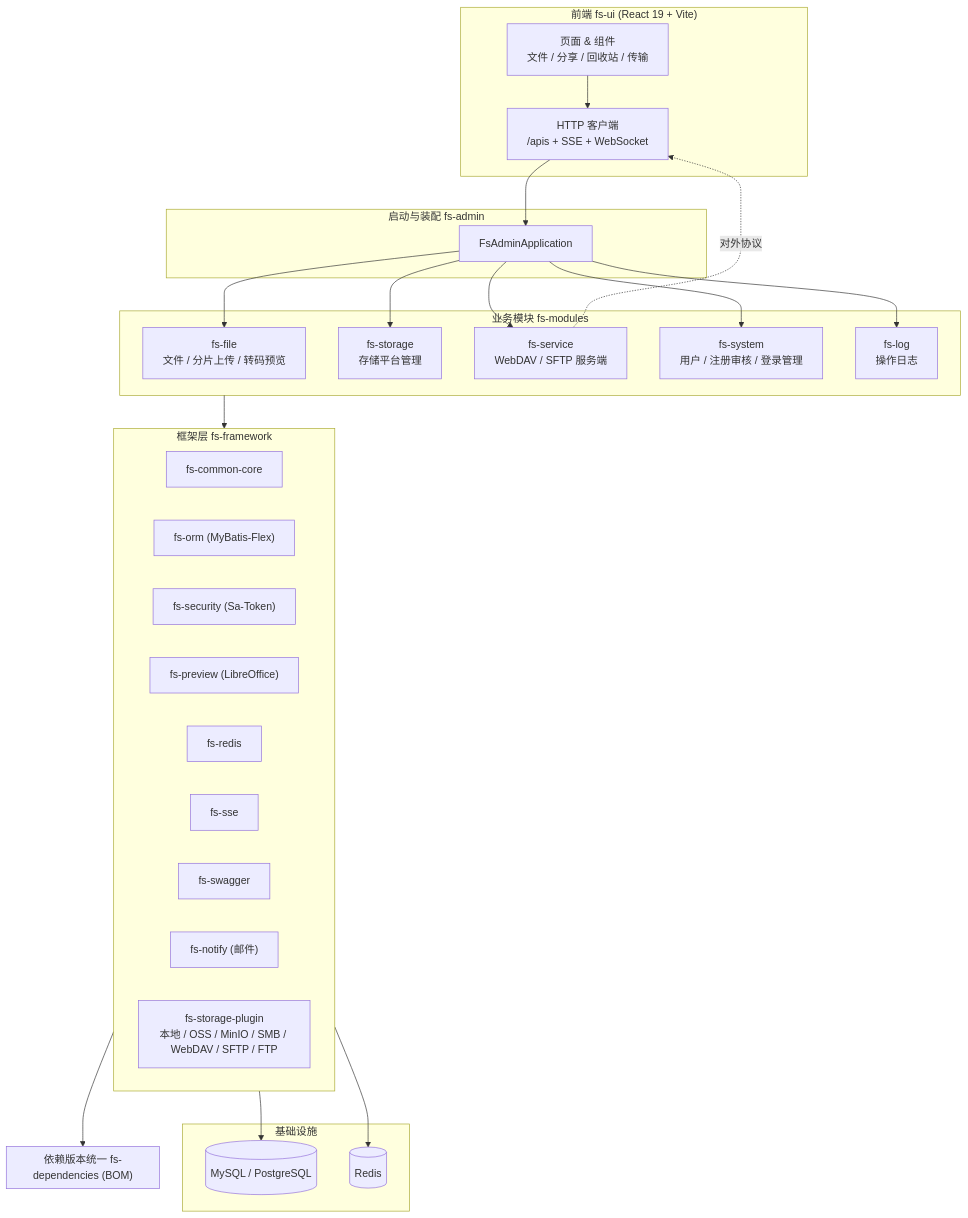
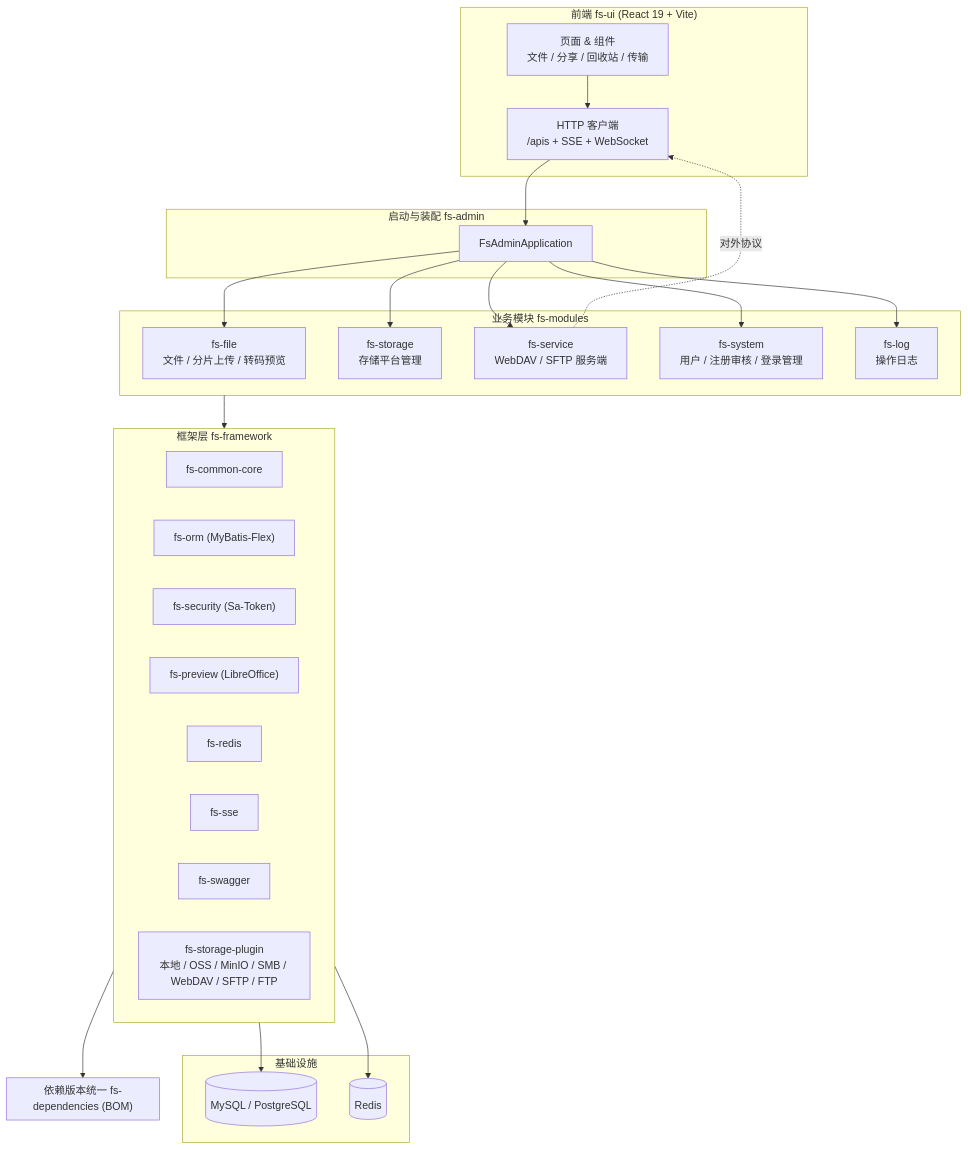
Before and after one commit to guangheUlti/gfs: the diagram in README.md, drawn with Mermaid. The commit also changed other lines of this file and 8 other files, not shown here.

````diff
--- a/README.md
+++ b/README.md
@@ -223,47 +223,46 @@
 ```mermaid
 flowchart TB
     subgraph UI["前端 fs-ui (React 19 + Vite)"]
         UI_PAGES["页面 & 组件<br/>文件 / 分享 / 回收站 / 传输"]
         UI_HTTP["HTTP 客户端<br/>/apis + SSE + WebSocket"]
     end
 
     subgraph ADMIN["启动与装配 fs-admin"]
         ADMIN_APP["FsAdminApplication"]
     end
 
     subgraph MODULES["业务模块 fs-modules"]
         FILE["fs-file<br/>文件 / 分片上传 / 转码预览"]
         STORAGE["fs-storage<br/>存储平台管理"]
         SERVICE["fs-service<br/>WebDAV / SFTP 服务端"]
         SYSTEM["fs-system<br/>用户 / 注册审核 / 登录管理"]
         LOG["fs-log<br/>操作日志"]
     end
 
     subgraph FRAMEWORK["框架层 fs-framework"]
         CORE["fs-common-core"]
         ORM["fs-orm (MyBatis-Flex)"]
         SECURITY["fs-security (Sa-Token)"]
         PREVIEW["fs-preview (LibreOffice)"]
         REDIS["fs-redis"]
         SSE["fs-sse"]
         SWAGGER["fs-swagger"]
-        NOTIFY["fs-notify (邮件)"]
         SPLUGIN["fs-storage-plugin<br/>本地 / OSS / MinIO / SMB / WebDAV / SFTP / FTP"]
     end
 
     subgraph INFRA["基础设施"]
         MYSQL[("MySQL / PostgreSQL")]
         REDIS_DB[("Redis")]
     end
 
     subgraph BOM["依赖版本统一 fs-dependencies (BOM)"]
     end
 
     UI_HTTP --> ADMIN_APP
     UI_PAGES --> UI_HTTP
 
     ADMIN_APP --> FILE & STORAGE & SERVICE & SYSTEM & LOG
     MODULES --> FRAMEWORK
     FRAMEWORK --> BOM & REDIS_DB & MYSQL
     SERVICE -. "对外协议" .-> UI_HTTP
 ```
````
